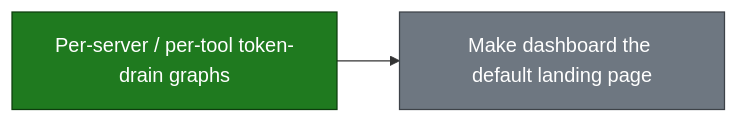
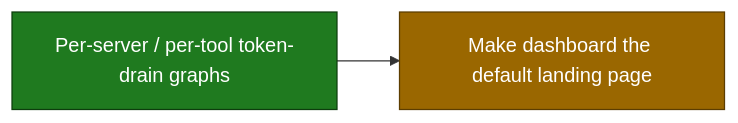
Before and after one commit to smart-mcp-proxy/mcpproxy-go: the third of 18 diagrams in ROADMAP.md, drawn with Mermaid. The commit also changed other lines of this file and 6 other files, not shown here.

First line of the commit message:
feat(webui): make the analytics dashboard the default landing page

````diff
--- a/ROADMAP.md
+++ b/ROADMAP.md
@@ -131,12 +131,12 @@
 ```mermaid
 graph LR
   analytics_token_drain_graphs["Per-server / per-tool token-drain graphs"]
   analytics_default_landing["Make dashboard the default landing page"]
 
   analytics_token_drain_graphs --> analytics_default_landing
 
   classDef done fill:#1f7a1f,stroke:#0d3d0d,color:#ffffff;
-  classDef todo fill:#6e7781,stroke:#3d4248,color:#ffffff;
+  classDef in_review fill:#9a6700,stroke:#5c3d00,color:#ffffff;
   class analytics_token_drain_graphs done;
-  class analytics_default_landing todo;
+  class analytics_default_landing in_review;
 ```
````
